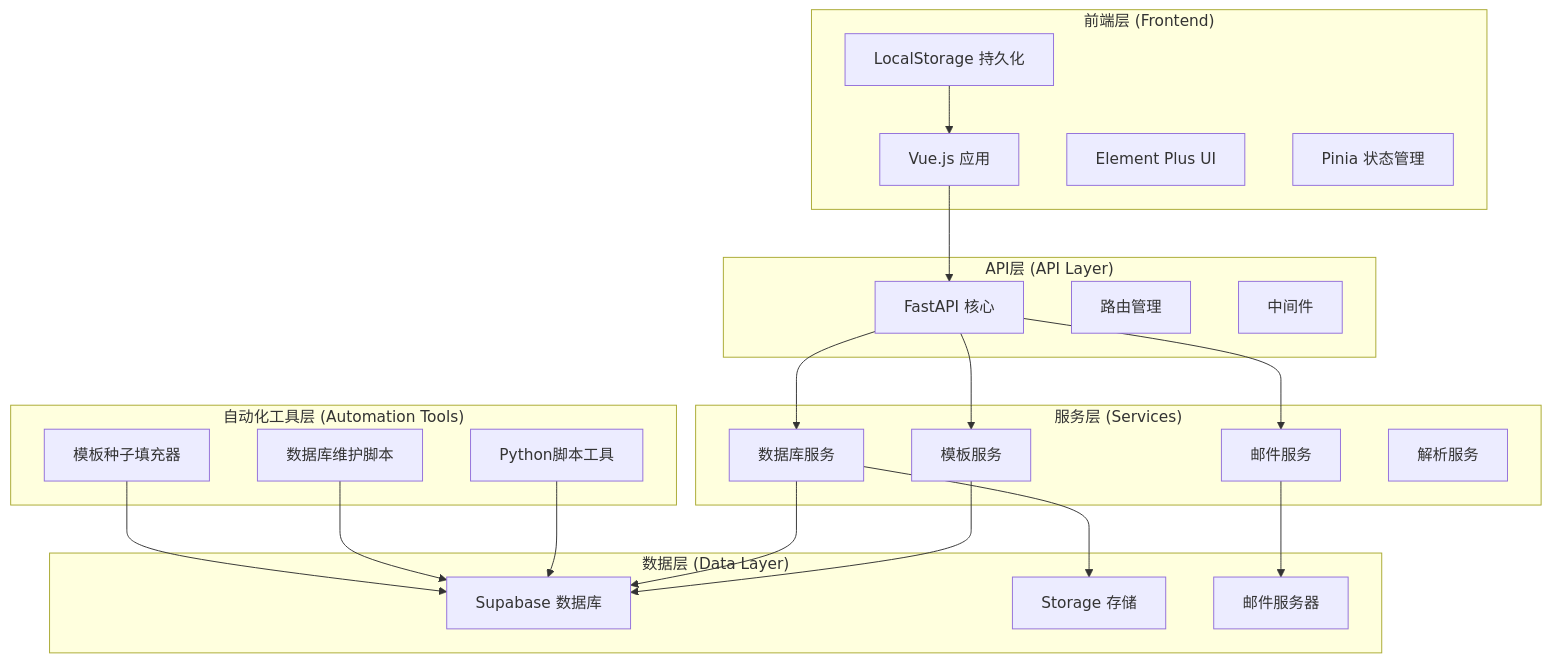
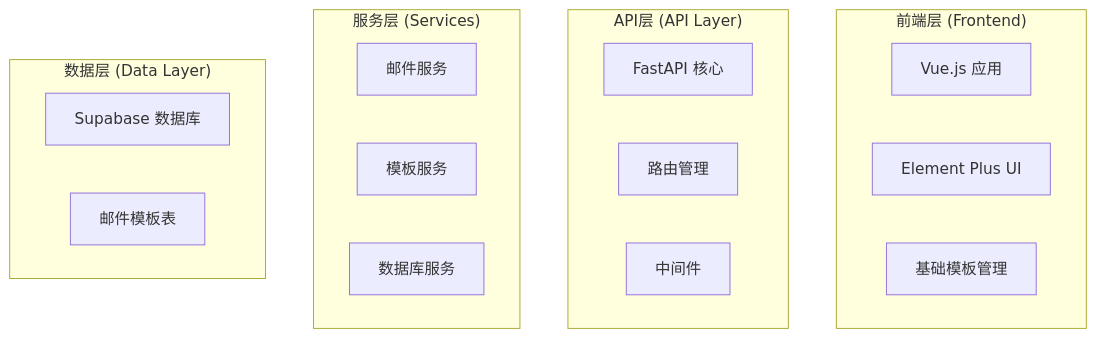
The first of 8 diagrams in .qoder/repowiki/zh/content/开发指南/邮件模板管理系统.md (SY6621/POD-Order-Management), drawn with Mermaid before and after one commit. The commit also changed other lines of this file and 7 other files, not shown here.

````diff
--- a/.qoder/repowiki/zh/content/开发指南/邮件模板管理系统.md
+++ b/.qoder/repowiki/zh/content/开发指南/邮件模板管理系统.md
@@ -47,42 +44,22 @@
 ```mermaid
 graph TB
 subgraph "前端层 (Frontend)"
 FE1[Vue.js 应用]
 FE2[Element Plus UI]
-FE3[Pinia 状态管理]
-FE4[LocalStorage 持久化]
+FE3[基础模板管理]
 end
 subgraph "API层 (API Layer)"
 API1[FastAPI 核心]
 API2[路由管理]
 API3[中间件]
 end
 subgraph "服务层 (Services)"
 SVC1[邮件服务]
 SVC2[模板服务]
 SVC3[数据库服务]
-SVC4[解析服务]
 end
 subgraph "数据层 (Data Layer)"
 DB1[Supabase 数据库]
-DB2[Storage 存储]
-DB3[邮件服务器]
+DB2[邮件模板表]
 end
-subgraph "自动化工具层 (Automation Tools)"
-AUTO1[Python脚本工具]
-AUTO2[数据库维护脚本]
-AUTO3[模板种子填充器]
-end
-FE1 --> API1
-API1 --> SVC1
-API1 --> SVC2
-API1 --> SVC3
-SVC1 --> DB3
-SVC2 --> DB1
-SVC3 --> DB1
-SVC3 --> DB2
-AUTO1 --> DB1
-AUTO2 --> DB1
-AUTO3 --> DB1
-FE4 --> FE1
 ```
````
